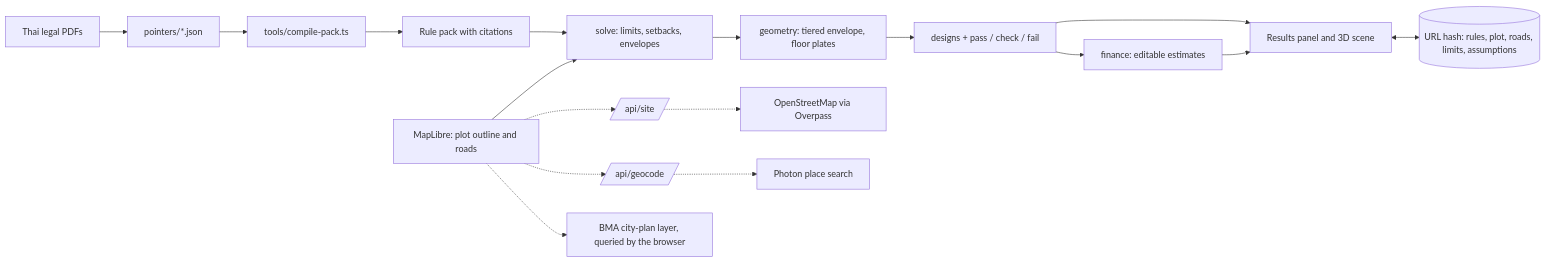
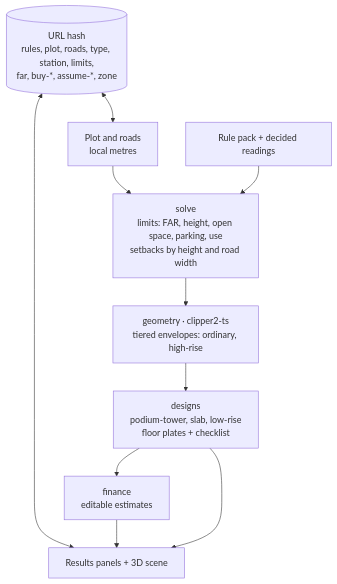
One commit to kunalgoesbyken/plotwise changed the third of 6 diagrams in README.md. Above: the diagram before and after it, drawn with Mermaid. The commit also changed other lines of this file, not shown here.

Commit message:
docs(readme): diagrams for the journey, rules pipeline, engine, regions and services; shorter prose

````diff
--- a/README.md
+++ b/README.md
@@ -26,15 +70,17 @@
 ```mermaid
-flowchart LR
-  pdf[Thai legal PDFs] --> pointers[pointers/*.json] --> compile[tools/compile-pack.ts] --> pack[Rule pack with citations]
-  pack --> solve[solve: limits, setbacks, envelopes]
-  map[MapLibre: plot outline and roads] --> solve
-  solve --> geometry[geometry: tiered envelope, floor plates]
-  geometry --> designs[designs + pass / check / fail]
-  designs --> finance[finance: editable estimates]
-  designs --> ui[Results panel and 3D scene]
-  finance --> ui
-  ui <--> url[(URL hash: rules, plot, roads, limits, assumptions)]
-  map -.-> site[/api/site/] -.-> osm[OpenStreetMap via Overpass]
-  map -.-> geocode[/api/geocode/] -.-> photon[Photon place search]
-  map -.-> bma[BMA city-plan layer, queried by the browser]
+flowchart TD
+  url[("URL hash<br/>rules, plot, roads, type, station, limits,<br/>far, buy-*, assume-*, zone")]
+  plot["Plot and roads<br/>local metres"]
+  pack["Rule pack + decided readings"]
+  solve["solve<br/>limits: FAR, height, open space, parking, use<br/>setbacks by height and road width"]
+  geometry["geometry · clipper2-ts<br/>tiered envelopes: ordinary, high-rise"]
+  designs["designs<br/>podium-tower, slab, low-rise<br/>floor plates + checklist"]
+  finance["finance<br/>editable estimates"]
+  ui["Results panels + 3D scene"]
+  url <--> plot
+  url <--> ui
+  plot --> solve
+  pack --> solve
+  solve --> geometry --> designs --> finance --> ui
+  designs --> ui
 ```
````
